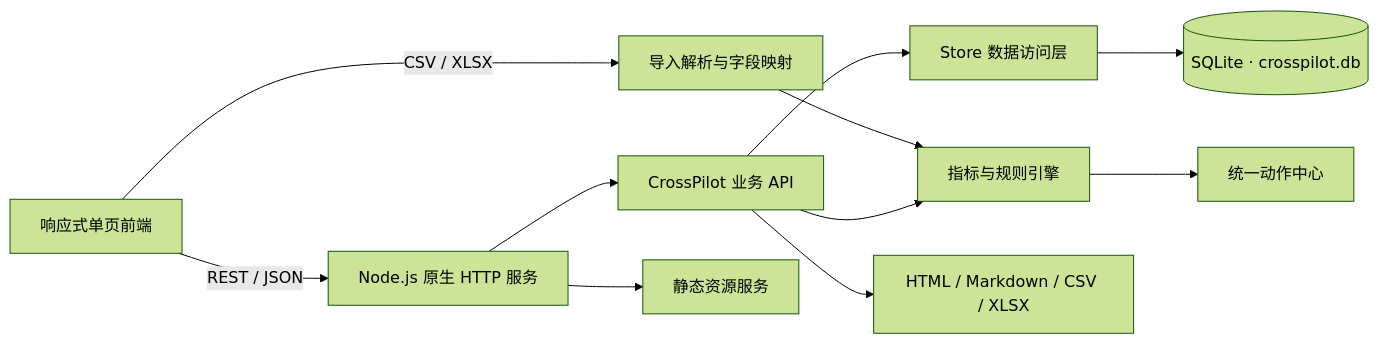
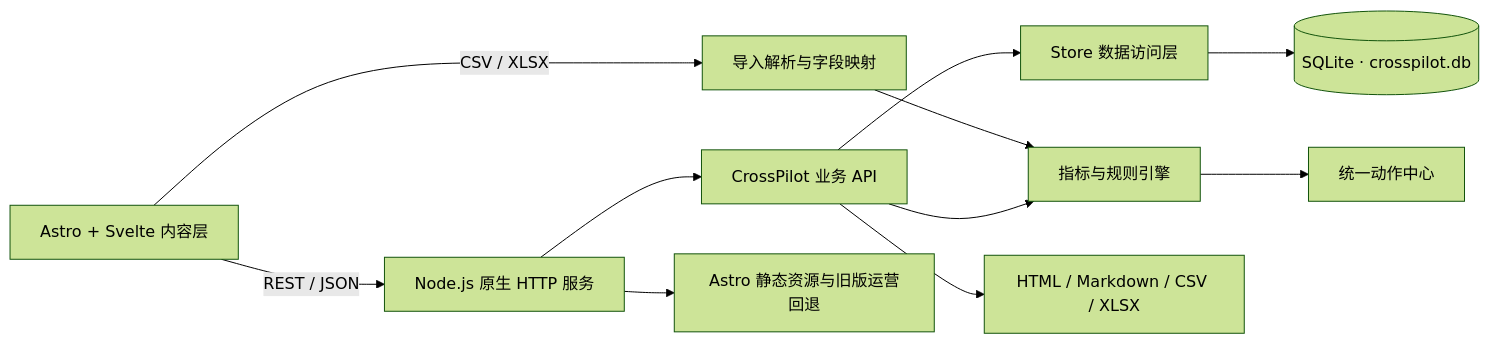
The diagram in docs/architecture.md (linxiaoyuan123/crosspilot-operations-console), drawn with Mermaid (forest theme) before and after one commit. The commit also changed other lines of this file and 90 other files, not shown here.

Commit message:
feat: migrate content workspace to Astro and Svelte

````diff
--- a/docs/architecture.md
+++ b/docs/architecture.md
@@ -5,13 +5,13 @@
 ```mermaid
 flowchart LR
-  Browser[响应式单页前端] -->|REST / JSON| HTTP[Node.js 原生 HTTP 服务]
+  Browser[Astro + Svelte 内容层] -->|REST / JSON| HTTP[Node.js 原生 HTTP 服务]
   Browser -->|CSV / XLSX| Import[导入解析与字段映射]
   HTTP --> API[CrossPilot 业务 API]
-  HTTP --> Static[静态资源服务]
+  HTTP --> Static[Astro 静态资源与旧版运营回退]
   API --> Store[Store 数据访问层]
   Store --> SQLite[(SQLite · crosspilot.db)]
   Import --> Metrics[指标与规则引擎]
   API --> Metrics
   Metrics --> Actions[统一动作中心]
   API --> Reports[HTML / Markdown / CSV / XLSX]
 ```
````
